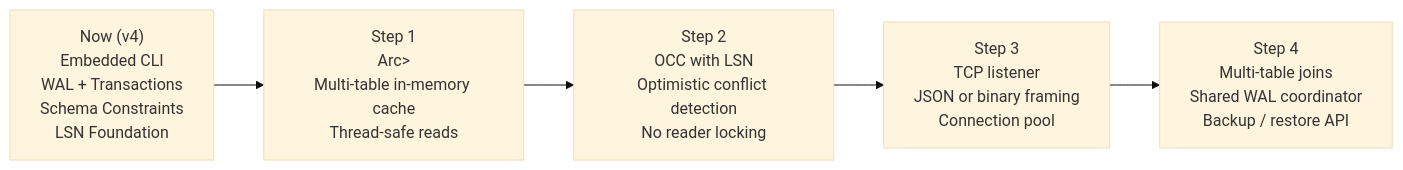
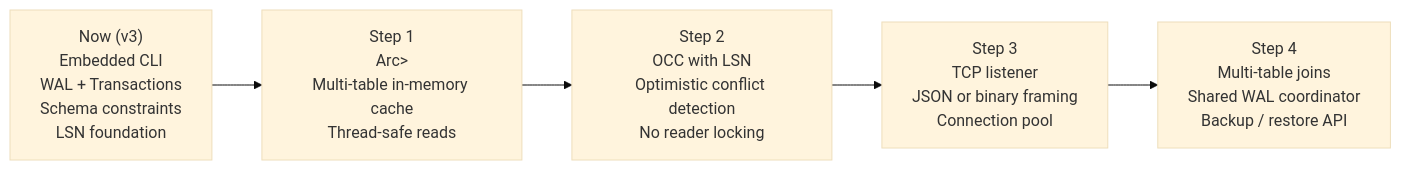
The fourth of 4 diagrams in README.md (sumitabh1710/VTF-db), drawn with Mermaid (base theme) before and after one commit. The commit also changed other lines of this file, not shown here.

````diff
--- a/README.md
+++ b/README.md
@@ -382,14 +427,14 @@
 ```mermaid
 flowchart LR
-    Now["Now (v4)\nEmbedded CLI\nWAL + Transactions\nSchema Constraints\nLSN Foundation"]
+    Now["Now (v3)\nEmbedded CLI\nWAL + Transactions\nSchema constraints\nLSN foundation"]
 
     S1["Step 1\nArc<RwLock<TableStore>>\nMulti-table in-memory cache\nThread-safe reads"]
 
     S2["Step 2\nOCC with LSN\nOptimistic conflict detection\nNo reader locking"]
 
     S3["Step 3\nTCP listener\nJSON or binary framing\nConnection pool"]
 
     S4["Step 4\nMulti-table joins\nShared WAL coordinator\nBackup / restore API"]
 
     Now --> S1 --> S2 --> S3 --> S4
 ```
````
